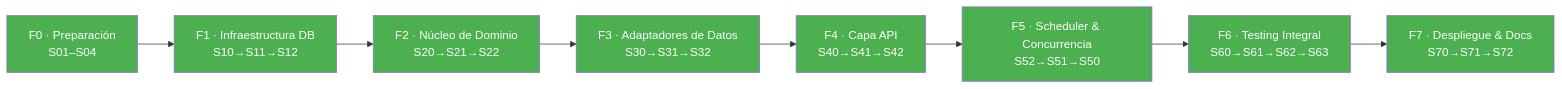
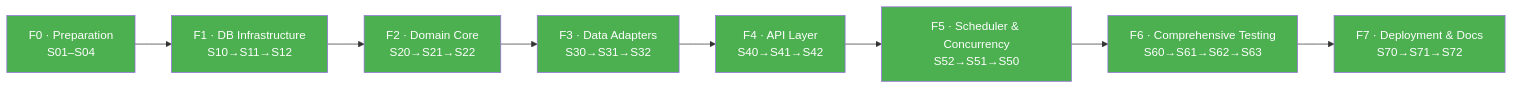
One commit to Fisherk2/esquema-stock-historial changed the diagram in SPEC.md. Above: the diagram before and after it, drawn with Mermaid. The commit also changed other lines of this file and 44 other files, not shown here.

````diff
--- a/SPEC.md
+++ b/SPEC.md
@@ -116,19 +116,19 @@
 ```mermaid
 graph LR
-    F0["F0 · Preparación<br/>S01–S04"] --> F1["F1 · Infraestructura DB<br/>S10→S11→S12"]
-    F1 --> F2["F2 · Núcleo de Dominio<br/>S20→S21→S22"]
-    F2 --> F3["F3 · Adaptadores de Datos<br/>S30→S31→S32"]
-    F3 --> F4["F4 · Capa API<br/>S40→S41→S42"]
-    F4 --> F5["F5 · Scheduler & Concurrencia<br/>S52→S51→S50"]
-    F5 --> F6["F6 · Testing Integral<br/>S60→S61→S62→S63"]
-    F6 --> F7["F7 · Despliegue & Docs<br/>S70→S71→S72"]
+    F0["F0 · Preparation<br/>S01–S04"] --> F1["F1 · DB Infrastructure<br/>S10→S11→S12"]
+    F1 --> F2["F2 · Domain Core<br/>S20→S21→S22"]
+    F2 --> F3["F3 · Data Adapters<br/>S30→S31→S32"]
+    F3 --> F4["F4 · API Layer<br/>S40→S41→S42"]
+    F4 --> F5["F5 · Scheduler & Concurrency<br/>S52→S51→S50"]
+    F5 --> F6["F6 · Comprehensive Testing<br/>S60→S61→S62→S63"]
+    F6 --> F7["F7 · Deployment & Docs<br/>S70→S71→S72"]
 
     style F0 fill:#4CAF50,color:#fff
     style F1 fill:#4CAF50,color:#fff
     style F2 fill:#4CAF50,color:#fff
     style F3 fill:#4CAF50,color:#fff
     style F4 fill:#4CAF50,color:#fff
     style F5 fill:#4CAF50,color:#fff
     style F6 fill:#4CAF50,color:#fff
     style F7 fill:#4CAF50,color:#fff
 ```
````
